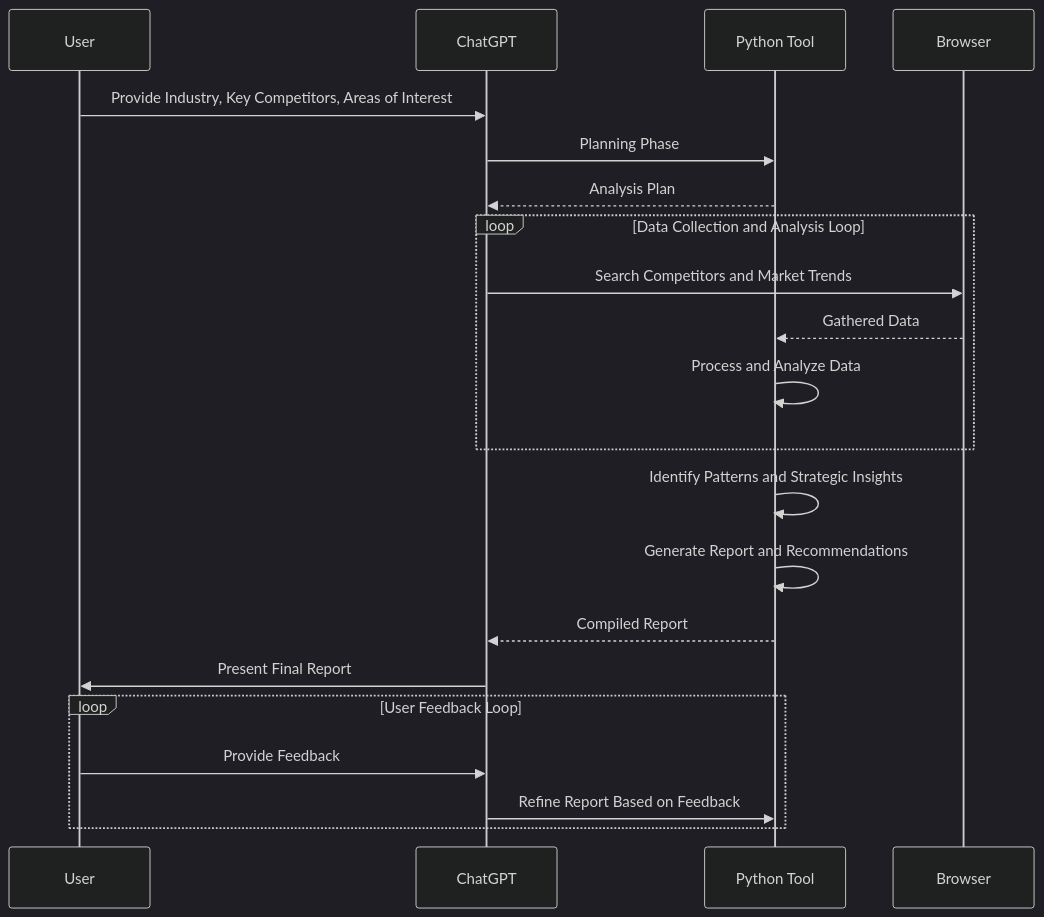
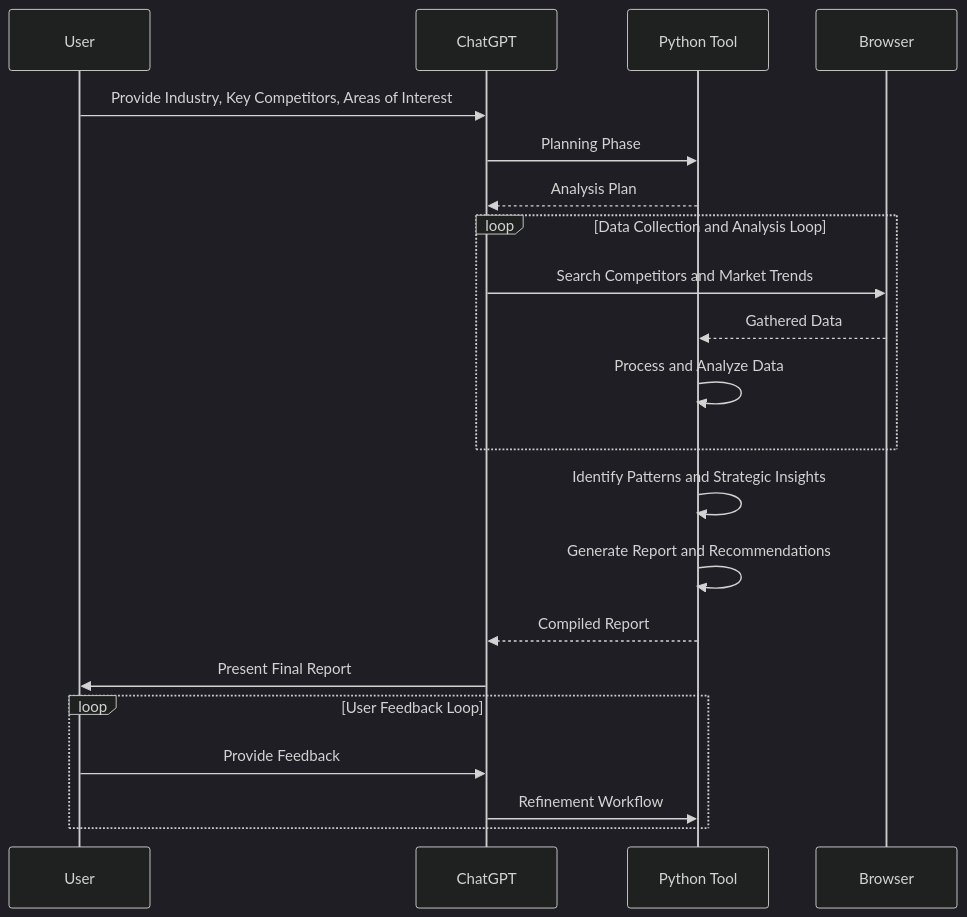
One commit to nerority/Advanced-GPTs changed the eighth of 10 diagrams in README.md. Above: the diagram before and after it, drawn with Mermaid (dark theme). The commit also changed other lines of this file, not shown here.

````diff
--- a/README.md
+++ b/README.md
@@ -464,24 +475,24 @@
 ```mermaid
 sequenceDiagram
     participant User
     participant ChatGPT
     participant PythonTool as Python Tool
     participant Browser
 
     User->>ChatGPT: Provide Industry, Key Competitors, Areas of Interest
     ChatGPT->>PythonTool: Planning Phase
     PythonTool-->>ChatGPT: Analysis Plan
     loop Data Collection and Analysis Loop
         ChatGPT->>Browser: Search Competitors and Market Trends
         Browser-->>PythonTool: Gathered Data
         PythonTool->>PythonTool: Process and Analyze Data
     end
     PythonTool->>PythonTool: Identify Patterns and Strategic Insights
     PythonTool->>PythonTool: Generate Report and Recommendations
     PythonTool-->>ChatGPT: Compiled Report
     ChatGPT->>User: Present Final Report
     loop User Feedback Loop
         User->>ChatGPT: Provide Feedback
-        ChatGPT->>PythonTool: Refine Report Based on Feedback
+        ChatGPT->>PythonTool: Refinement Workflow
     end
 ```
````
